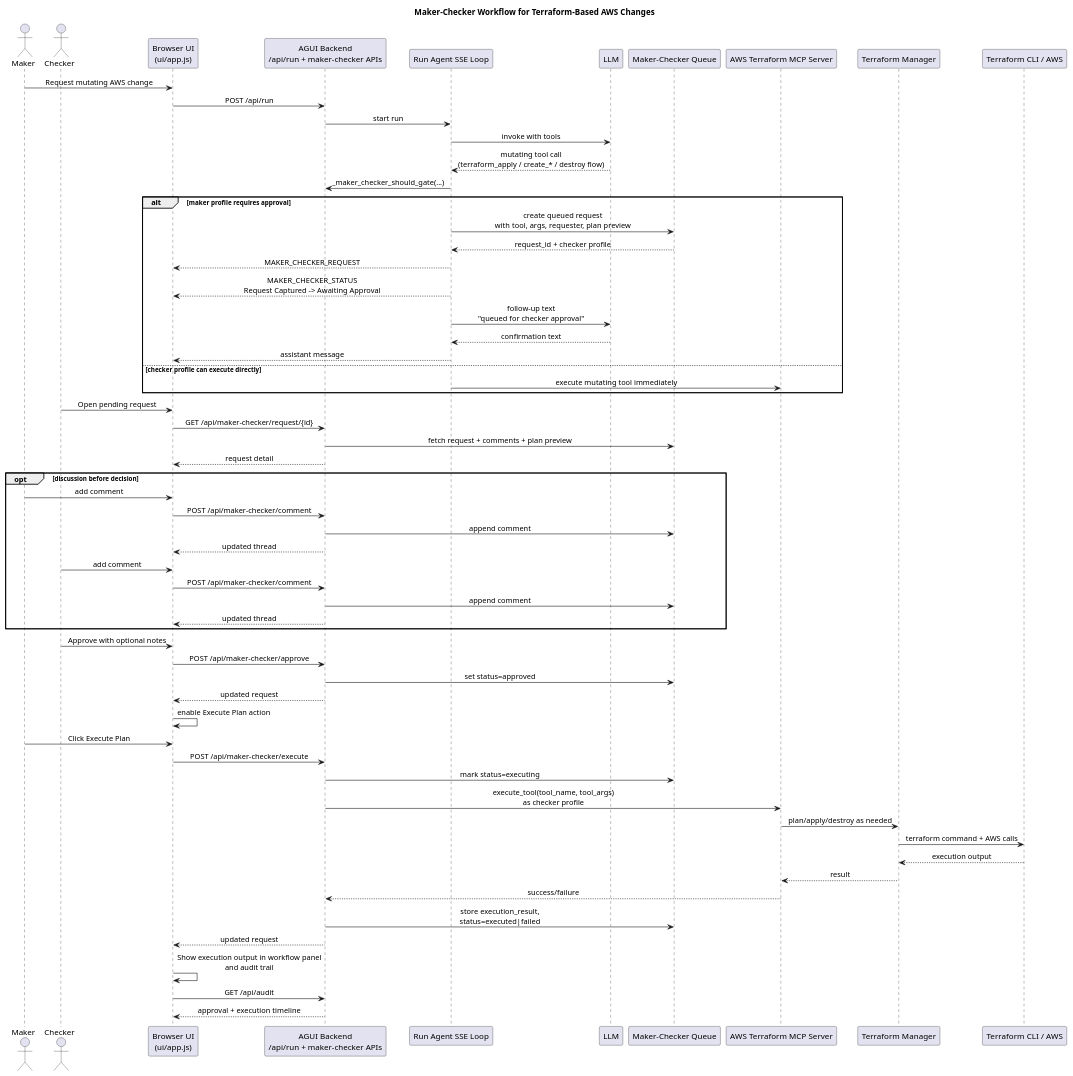
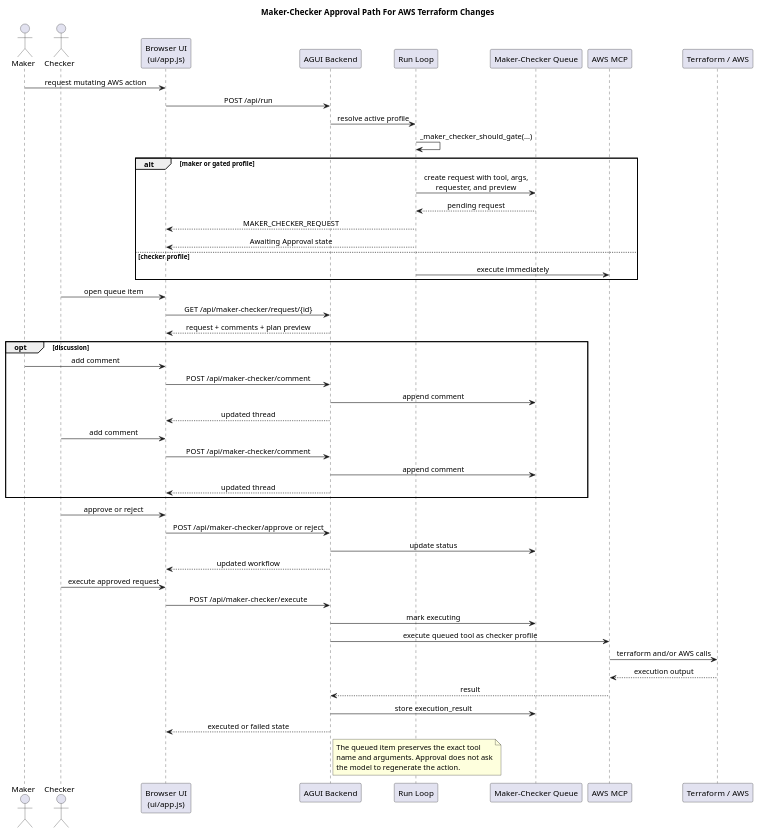
One commit to QwavePune/aws-infra-agent-bot changed the diagram in diagrams/maker-checker-sequence.puml. Above: the diagram before and after it, drawn with PlantUML. The commit also changed 16 other files, not shown here.

```diff
--- a/diagrams/maker-checker-sequence.puml
+++ b/diagrams/maker-checker-sequence.puml
@@ -1,77 +1,68 @@
 @startuml
-title Maker-Checker Workflow for Terraform-Based AWS Changes
+title Maker-Checker Approval Path For AWS Terraform Changes
 
 skinparam backgroundColor white
 skinparam shadowing false
 skinparam sequenceMessageAlign center
 
 actor Maker
 actor Checker
 participant "Browser UI\n(ui/app.js)" as UI
-participant "AGUI Backend\n/api/run + maker-checker APIs" as API
-participant "Run Agent SSE Loop" as RUNNER
-participant "LLM" as LLM
+participant "AGUI Backend" as API
+participant "Run Loop" as RUNNER
 participant "Maker-Checker Queue" as MCQ
-participant "AWS Terraform MCP Server" as MCP
-participant "Terraform Manager" as TFM
-participant "Terraform CLI / AWS" as EXEC
+participant "AWS MCP" as MCP
+participant "Terraform / AWS" as EXEC
 
-Maker -> UI : Request mutating AWS change
+Maker -> UI : request mutating AWS action
 UI -> API : POST /api/run
-API -> RUNNER : start run
-RUNNER -> LLM : invoke with tools
-LLM --> RUNNER : mutating tool call\n(terraform_apply / create_* / destroy flow)
+API -> RUNNER : resolve active profile
+RUNNER -> RUNNER : _maker_checker_should_gate(...)
 
-RUNNER -> API : _maker_checker_should_gate(...)
-alt maker profile requires approval
-  RUNNER -> MCQ : create queued request\nwith tool, args, requester, plan preview
-  MCQ --> RUNNER : request_id + checker profile
+alt maker or gated profile
+  RUNNER -> MCQ : create request with tool, args,\nrequester, and preview
+  MCQ --> RUNNER : pending request
   RUNNER --> UI : MAKER_CHECKER_REQUEST
-  RUNNER --> UI : MAKER_CHECKER_STATUS\nRequest Captured -> Awaiting Approval
-  RUNNER -> LLM : follow-up text\n"queued for checker approval"
-  LLM --> RUNNER : confirmation text
-  RUNNER --> UI : assistant message
-else checker profile can execute directly
-  RUNNER -> MCP : execute mutating tool immediately
+  RUNNER --> UI : Awaiting Approval state
+else checker profile
+  RUNNER -> MCP : execute immediately
 end
 
-Checker -> UI : Open pending request
+Checker -> UI : open queue item
 UI -> API : GET /api/maker-checker/request/{id}
-API -> MCQ : fetch request + comments + plan preview
-API --> UI : request detail
+API --> UI : request + comments + plan preview
 
-opt discussion before decision
+opt discussion
   Maker -> UI : add comment
   UI -> API : POST /api/maker-checker/comment
   API -> MCQ : append comment
   API --> UI : updated thread
 
   Checker -> UI : add comment
   UI -> API : POST /api/maker-checker/comment
   API -> MCQ : append comment
   API --> UI : updated thread
 end
 
-Checker -> UI : Approve with optional notes
-UI -> API : POST /api/maker-checker/approve
-API -> MCQ : set status=approved
-API --> UI : updated request
-UI -> UI : enable Execute Plan action
+Checker -> UI : approve or reject
+UI -> API : POST /api/maker-checker/approve or reject
+API -> MCQ : update status
+API --> UI : updated workflow
 
-Maker -> UI : Click Execute Plan
+Checker -> UI : execute approved request
 UI -> API : POST /api/maker-checker/execute
-API -> MCQ : mark status=executing
-API -> MCP : execute_tool(tool_name, tool_args)\nas checker profile
-MCP -> TFM : plan/apply/destroy as needed
-TFM -> EXEC : terraform command + AWS calls
-EXEC --> TFM : execution output
-TFM --> MCP : result
-MCP --> API : success/failure
-API -> MCQ : store execution_result,\nstatus=executed|failed
-API --> UI : updated request
+API -> MCQ : mark executing
+API -> MCP : execute queued tool as checker profile
+MCP -> EXEC : terraform and/or AWS calls
+EXEC --> MCP : execution output
+MCP --> API : result
+API -> MCQ : store execution_result
+API --> UI : executed or failed state
 
-UI -> UI : Show execution output in workflow panel\nand audit trail
-UI -> API : GET /api/audit
-API --> UI : approval + execution timeline
+note right of API
+The queued item preserves the exact tool
+name and arguments. Approval does not ask
+the model to regenerate the action.
+end note
 
 @enduml
```
